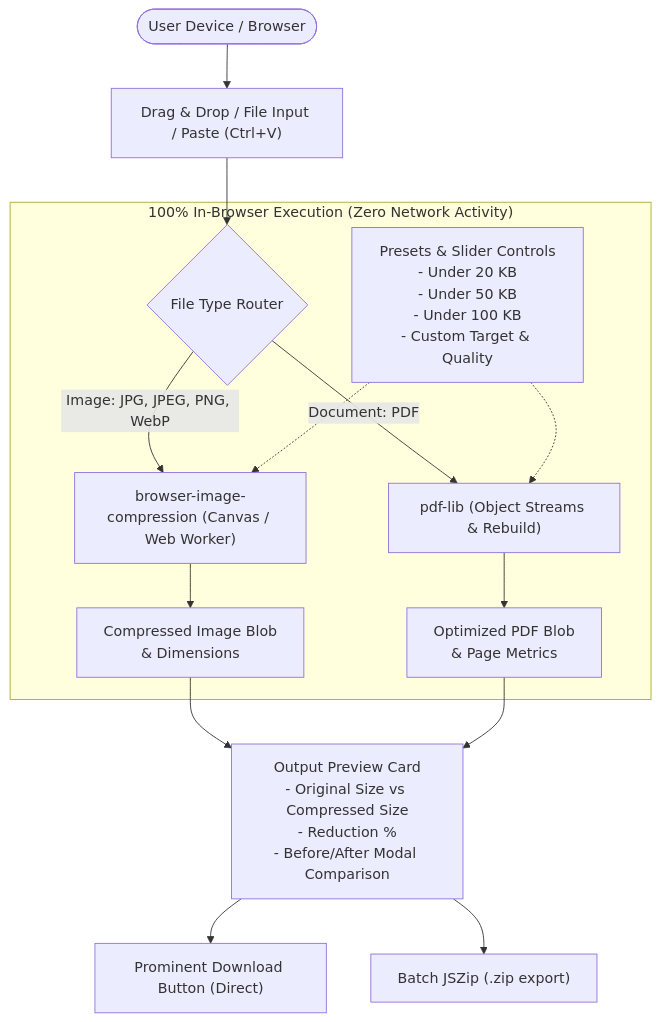
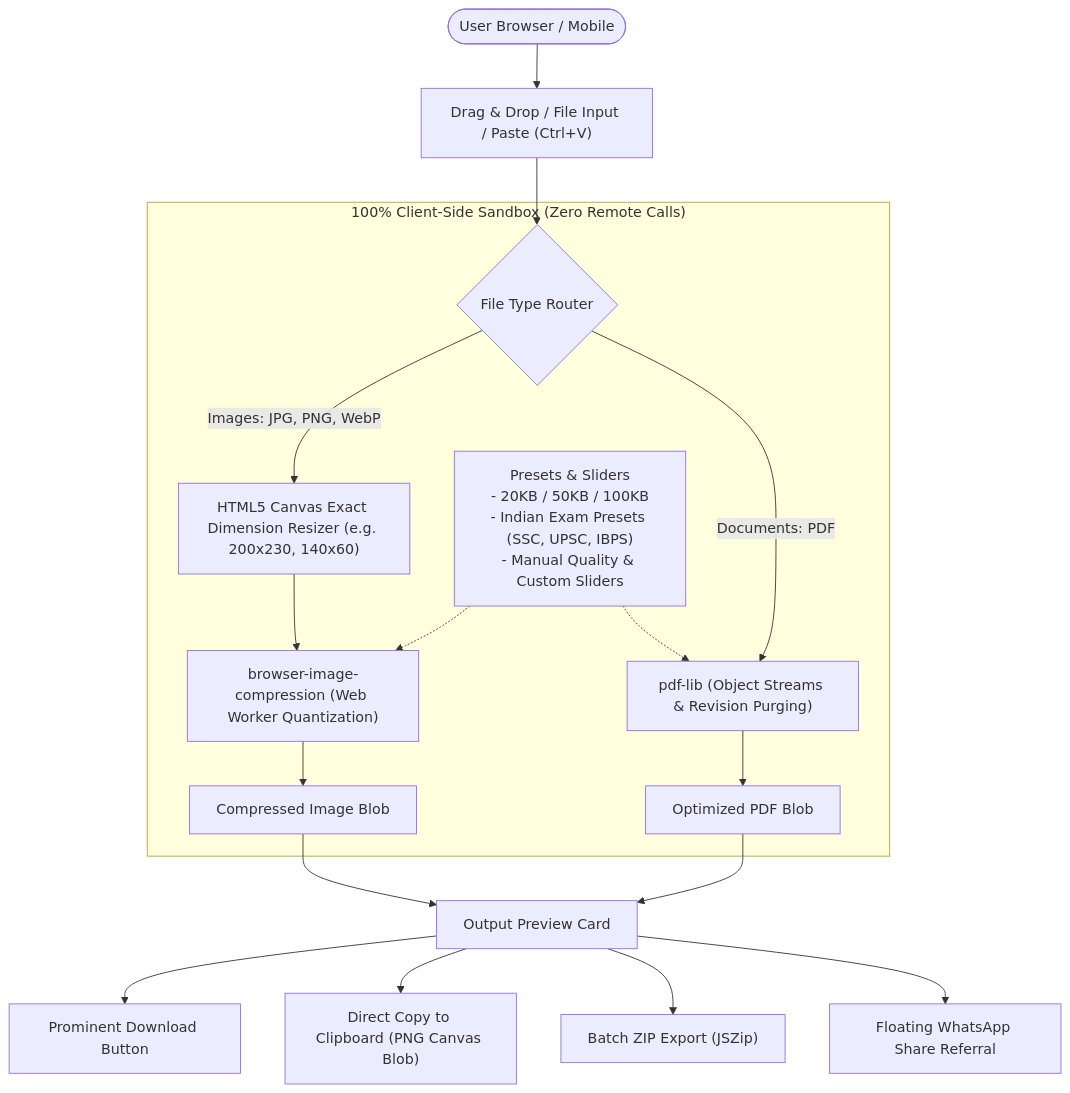
The diagram in README.md (Maheshkendre2/compress50kb), drawn with Mermaid before and after one commit. The commit also changed other lines of this file, not shown here.

Commit message:
docs: document programmatic landing pages, Indian exam presets, and JSON-LD SEO

````diff
--- a/README.md
+++ b/README.md
@@ -11,22 +26,25 @@
 ```mermaid
 flowchart TD
-    User([User Device / Browser]) --> DropZone["Drag & Drop / File Input / Paste (Ctrl+V)"]
+    User([User Browser / Mobile]) --> DropZone["Drag & Drop / File Input / Paste (Ctrl+V)"]
     DropZone --> Dispatcher{File Type Router}
     
-    subgraph ClientSideEngine ["100% In-Browser Execution (Zero Network Activity)"]
-        Dispatcher -->|Image: JPG, JPEG, PNG, WebP| ImageWorker["browser-image-compression (Canvas / Web Worker)"]
-        Dispatcher -->|Document: PDF| PdfEngine["pdf-lib (Object Streams & Rebuild)"]
+    subgraph LocalEngine ["100% Client-Side Sandbox (Zero Remote Calls)"]
+        Dispatcher -->|Images: JPG, PNG, WebP| CanvasResize["HTML5 Canvas Exact Dimension Resizer (e.g. 200x230, 140x60)"]
+        CanvasResize --> WorkerComp["browser-image-compression (Web Worker Quantization)"]
+        Dispatcher -->|Documents: PDF| PdfEngine["pdf-lib (Object Streams & Revision Purging)"]
         
-        Controls["Presets & Slider Controls\n- Under 20 KB\n- Under 50 KB\n- Under 100 KB\n- Custom Target & Quality"] -.-> ImageWorker
+        Controls["Presets & Sliders\n- 20KB / 50KB / 100KB\n- Indian Exam Presets (SSC, UPSC, IBPS)\n- Manual Quality & Custom Sliders"] -.-> WorkerComp
         Controls -.-> PdfEngine
         
-        ImageWorker --> ImgResult["Compressed Image Blob\n& Dimensions"]
-        PdfEngine --> PdfResult["Optimized PDF Blob\n& Page Metrics"]
+        WorkerComp --> ImgBlob["Compressed Image Blob"]
+        PdfEngine --> PdfBlob["Optimized PDF Blob"]
     end
     
-    ImgResult --> OutputCard["Output Preview Card\n- Original Size vs Compressed Size\n- Reduction %\n- Before/After Modal Comparison"]
-    PdfResult --> OutputCard
+    ImgBlob --> Actions["Output Preview Card"]
+    PdfBlob --> Actions
     
-    OutputCard --> DownloadBtn["Prominent Download Button (Direct)"]
-    OutputCard --> ZipBatch["Batch JSZip (.zip export)"]
+    Actions --> DirectDL["Prominent Download Button"]
+    Actions --> ClipCopy["Direct Copy to Clipboard (PNG Canvas Blob)"]
+    Actions --> ZipExport["Batch ZIP Export (JSZip)"]
+    Actions --> WAShare["Floating WhatsApp Share Referral"]
 ```
````
